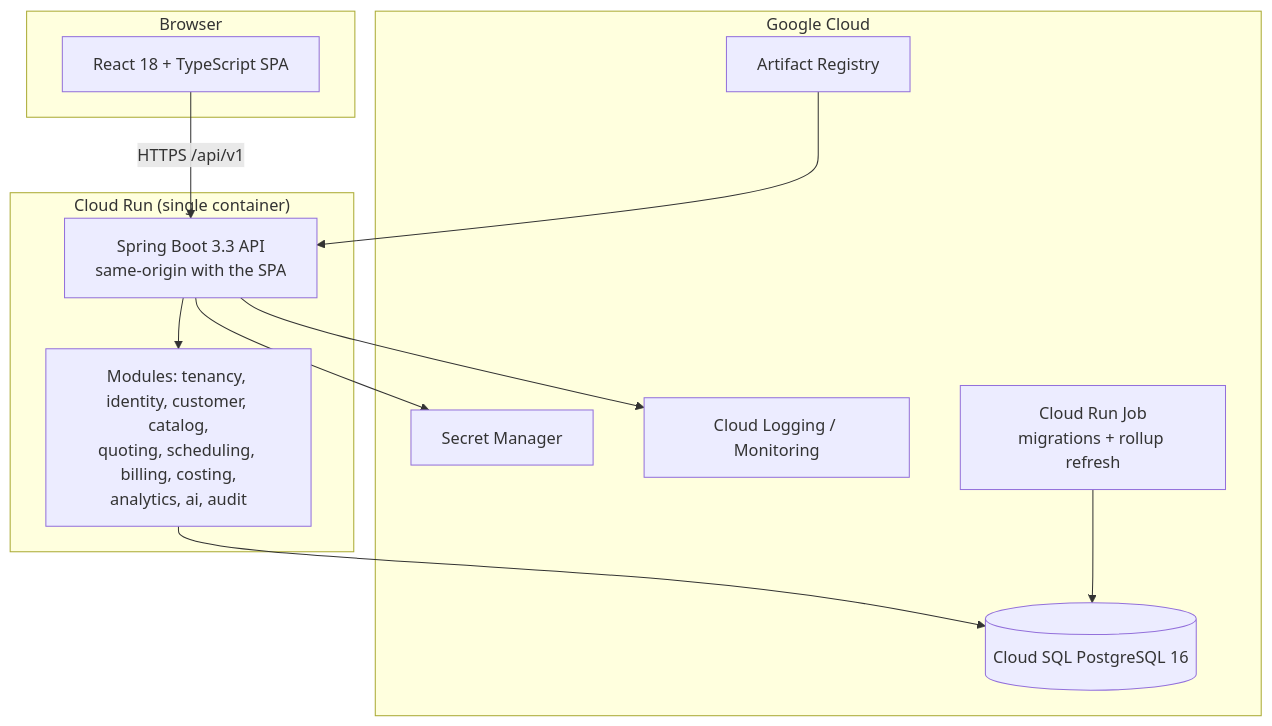
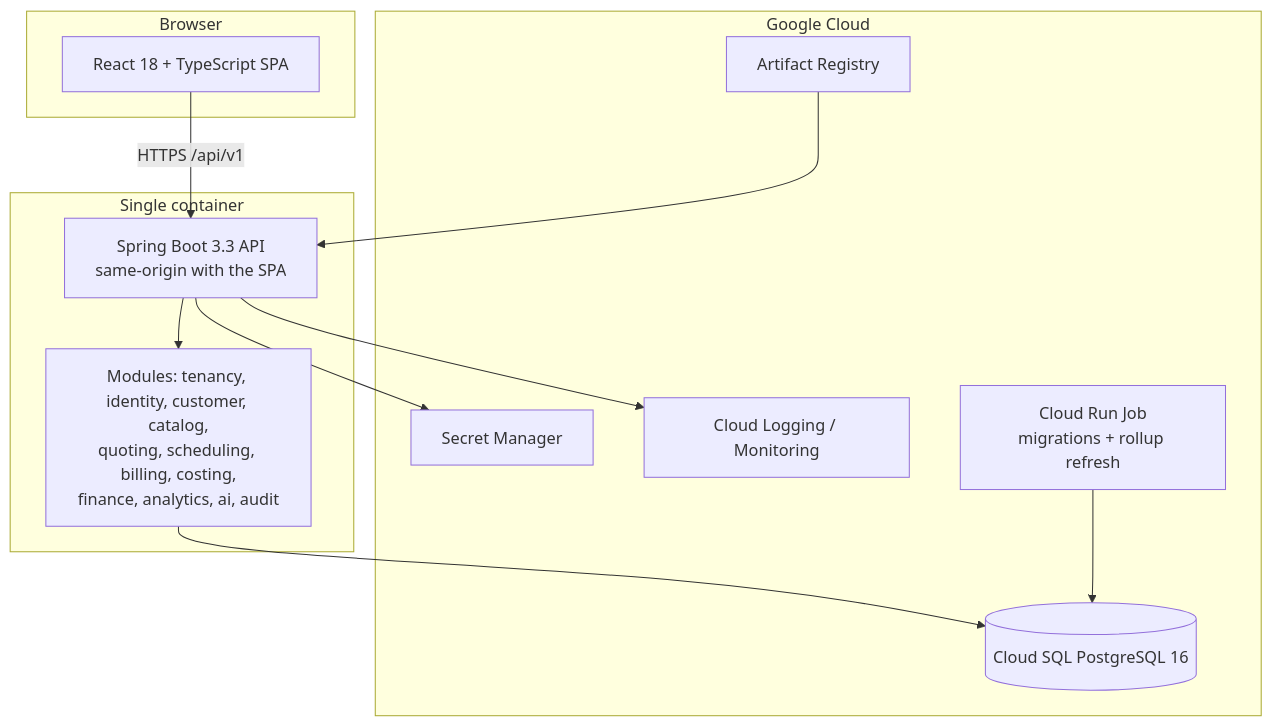
One commit to bhaktaji/operonix changed the second of 2 diagrams in README.md. Above: the diagram before and after it, drawn with Mermaid. The commit also changed other lines of this file and 5 other files, not shown here.

````diff
--- a/README.md
+++ b/README.md
@@ -148,24 +123,24 @@
 ```mermaid
 flowchart TB
     subgraph Browser
       UI[React 18 + TypeScript SPA]
     end
-    subgraph "Cloud Run (single container)"
+    subgraph "Single container"
       API[Spring Boot 3.3 API<br/>same-origin with the SPA]
-      MOD[Modules: tenancy, identity, customer, catalog,<br/>quoting, scheduling, billing, costing,<br/>analytics, ai, audit]
+      MOD[Modules: tenancy, identity, customer, catalog,<br/>quoting, scheduling, billing, costing,<br/>finance, analytics, ai, audit]
     end
     subgraph "Google Cloud"
       SQL[(Cloud SQL PostgreSQL 16)]
       SM[Secret Manager]
       REG[Artifact Registry]
       LOG[Cloud Logging / Monitoring]
       JOB[Cloud Run Job<br/>migrations + rollup refresh]
     end
     UI -->|HTTPS /api/v1| API
     API --> MOD
     MOD --> SQL
     API --> SM
     JOB --> SQL
     API --> LOG
     REG --> API
 ```
````
